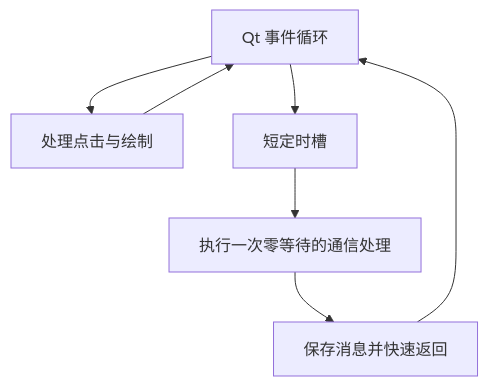
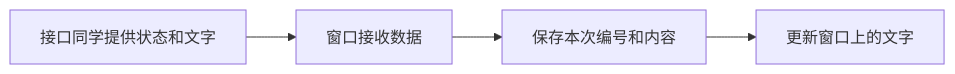
The diagram in docs/知识点/第二周/机器人可视化与监控工程师｜第二周专业知识自学清单.md (dreamcather726/ai-interaction-ui), drawn with Mermaid before and after one commit. The commit also changed other lines of this file and 11 other files, not shown here.

````diff
--- a/docs/知识点/第二周/机器人可视化与监控工程师｜第二周专业知识自学清单.md
+++ b/docs/知识点/第二周/机器人可视化与监控工程师｜第二周专业知识自学清单.md
@@ -37,9 +9,6 @@
 ```mermaid
-flowchart TD
-    A[Qt 事件循环] --> B[处理点击与绘制]
-    A --> C[短定时槽]
-    C --> D[执行一次零等待的通信处理]
-    D --> E[保存消息并快速返回]
-    E --> A
-    B --> A
+flowchart LR
+    A[接口同学提供状态和文字] --> B[窗口接收数据]
+    B --> C[保存本次编号和内容]
+    C --> D[更新窗口上的文字]
 ```
````
